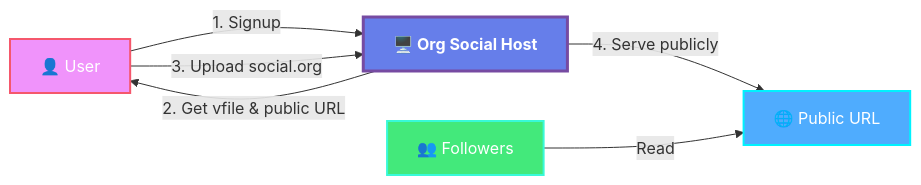
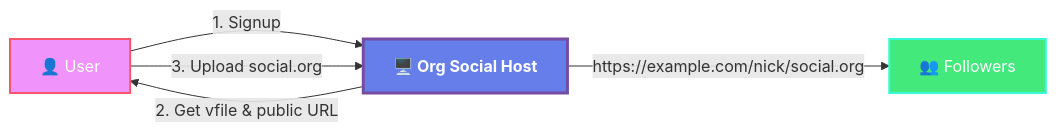
The diagram in README.md (tanrax/org-social-host), drawn with Mermaid before and after one commit. The commit also changed other lines of this file and 3 other files, not shown here.

````diff
--- a/README.md
+++ b/README.md
@@ -7,13 +7,11 @@
 ```mermaid
 graph LR
     User["👤 User"] -->|1. Signup| Host["🖥️ Org Social Host"]
     Host -->|2. Get vfile & public URL| User
     User -->|3. Upload social.org| Host
-    Host -->|4. Serve publicly| Public["🌐 Public URL"]
-    Followers["👥 Followers"] -->|Read| Public
+    Host -->|"https://example.com/nick/social.org"| Followers["👥 Followers"]
 
     style Host fill:#667eea,stroke:#764ba2,stroke-width:3px,color:#fff,font-weight:bold
     style User fill:#f093fb,stroke:#f5576c,stroke-width:2px,color:#fff
-    style Public fill:#4facfe,stroke:#00f2fe,stroke-width:2px,color:#fff
     style Followers fill:#43e97b,stroke:#38f9d7,stroke-width:2px,color:#fff
 ```
````
